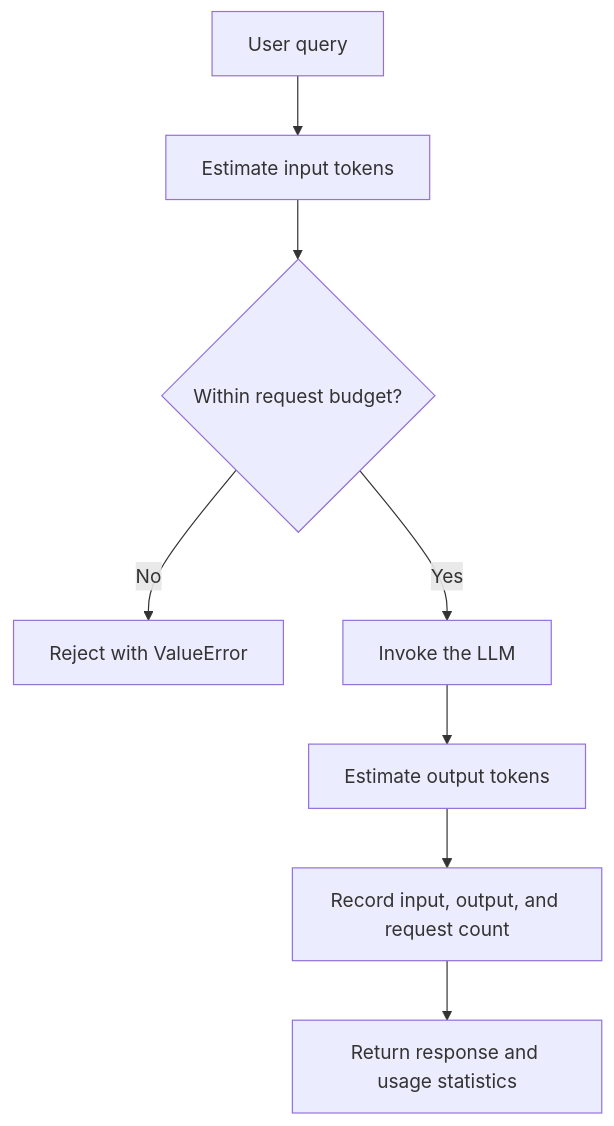
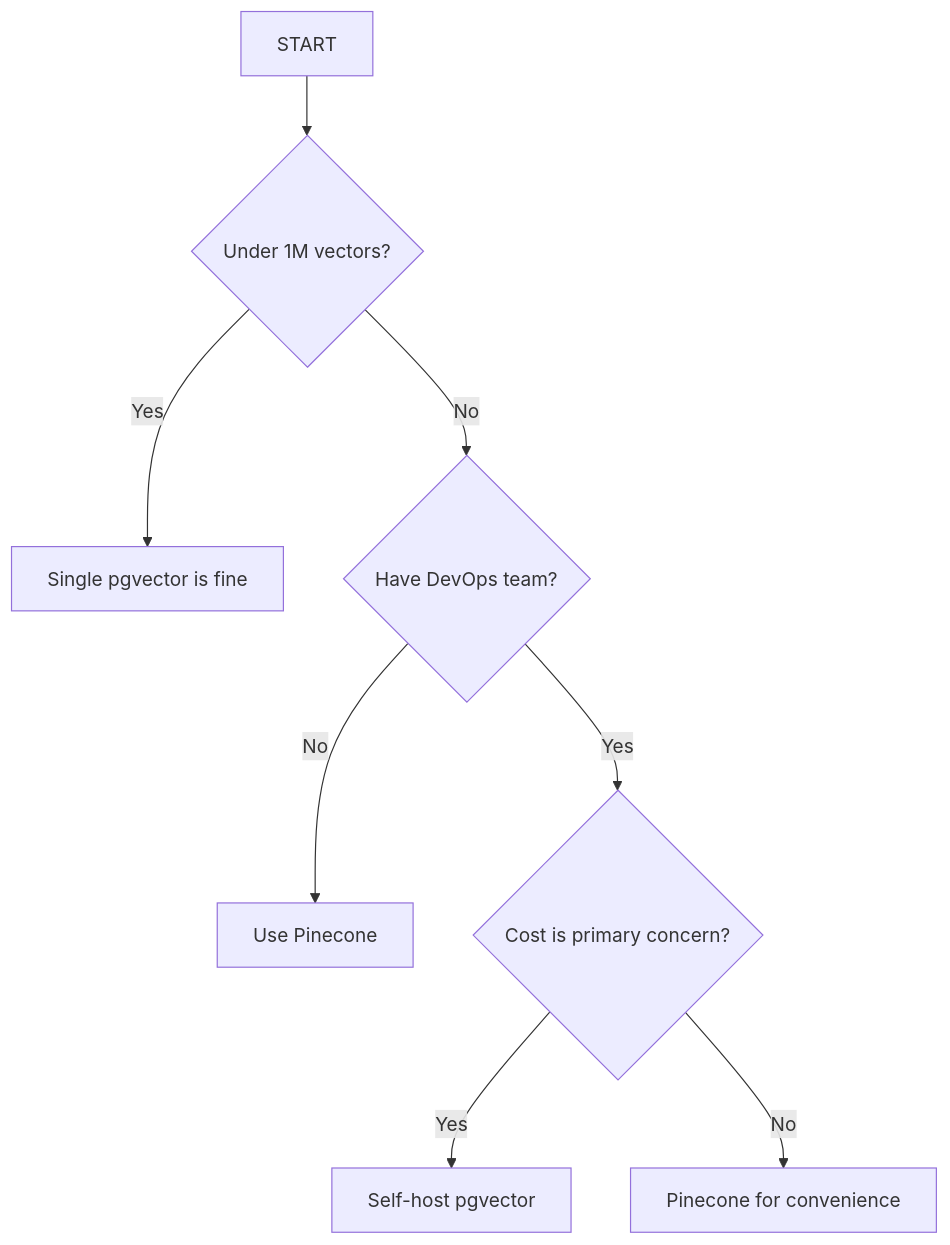
The third of 5 diagrams in know/knowledge.md (GreninjaCd/lang-course), drawn with Mermaid before and after one commit. The commit also changed other lines of this file and 2 other files, not shown here.

````diff
--- a/know/knowledge.md
+++ b/know/knowledge.md
@@ -229,10 +387,10 @@
 ```mermaid
 flowchart TD
-    Q["User query"] --> E["Estimate input tokens"]
-    E --> C{"Within request budget?"}
-    C -- No --> X["Reject with ValueError"]
-    C -- Yes --> L["Invoke the LLM"]
-    L --> O["Estimate output tokens"]
-    O --> R["Record input, output, and request count"]
-    R --> A["Return response and usage statistics"]
+    A["START"] --> B{"Under 1M vectors?"}
+    B -- Yes --> C["Single pgvector is fine"]
+    B -- No --> D{"Have DevOps team?"}
+    D -- No --> E["Use Pinecone"]
+    D -- Yes --> F{"Cost is primary concern?"}
+    F -- Yes --> G["Self-host pgvector"]
+    F -- No --> H["Pinecone for convenience"]
 ```
````
